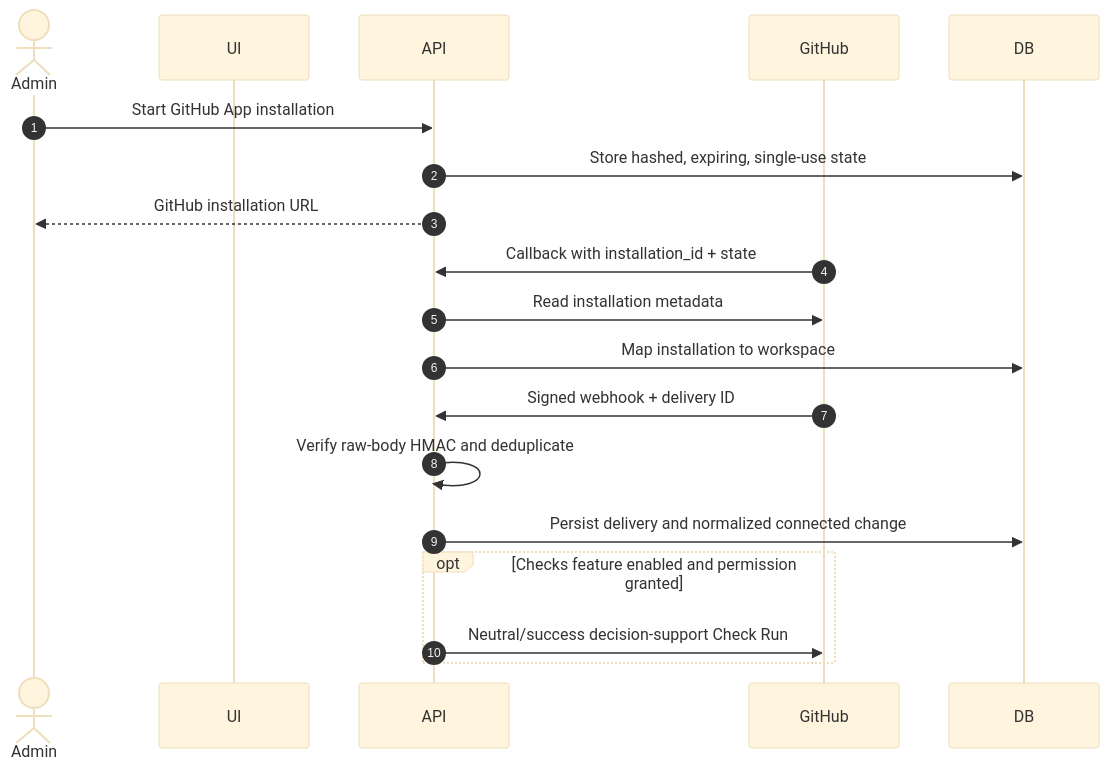
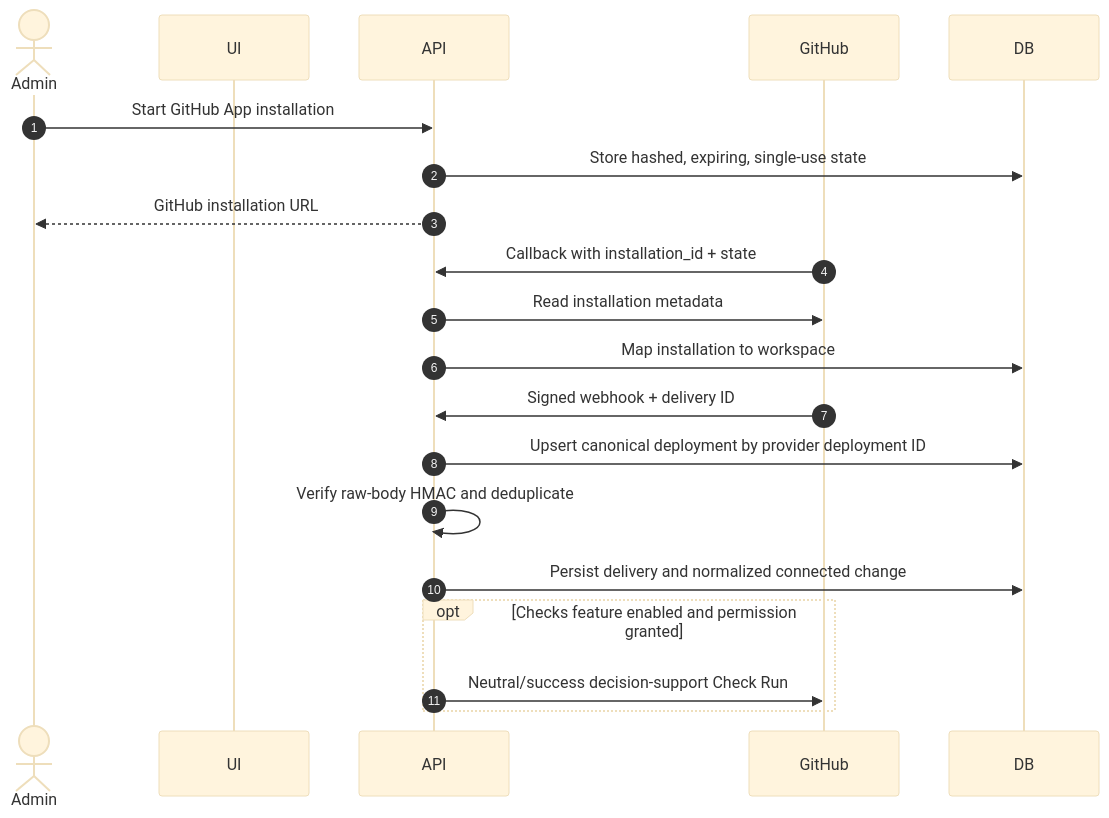
Before and after one commit to kingggg5/deployguardai: the fourth of 5 diagrams in docs/ARCHITECTURE.md, drawn with Mermaid (base theme). The commit also changed other lines of this file and 46 other files, not shown here.

Commit message:
feat: harden tenant flows and connected deployment ledger

````diff
--- a/docs/ARCHITECTURE.md
+++ b/docs/ARCHITECTURE.md
@@ -181,22 +181,23 @@
 ```mermaid
 sequenceDiagram
     autonumber
     actor Admin
     participant UI
     participant API
     participant GitHub
     participant DB
 
     Admin->>API: Start GitHub App installation
     API->>DB: Store hashed, expiring, single-use state
     API-->>Admin: GitHub installation URL
     GitHub->>API: Callback with installation_id + state
     API->>GitHub: Read installation metadata
     API->>DB: Map installation to workspace
     GitHub->>API: Signed webhook + delivery ID
+    API->>DB: Upsert canonical deployment by provider deployment ID
     API->>API: Verify raw-body HMAC and deduplicate
     API->>DB: Persist delivery and normalized connected change
     opt Checks feature enabled and permission granted
         API->>GitHub: Neutral/success decision-support Check Run
     end
 ```
````
